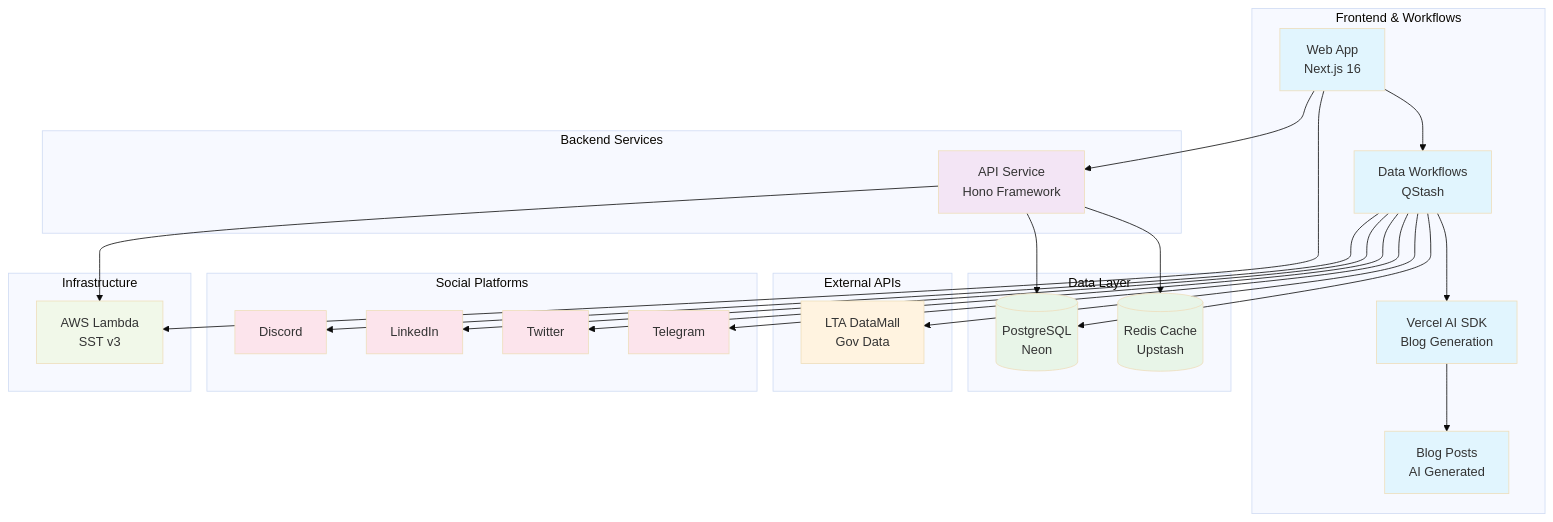
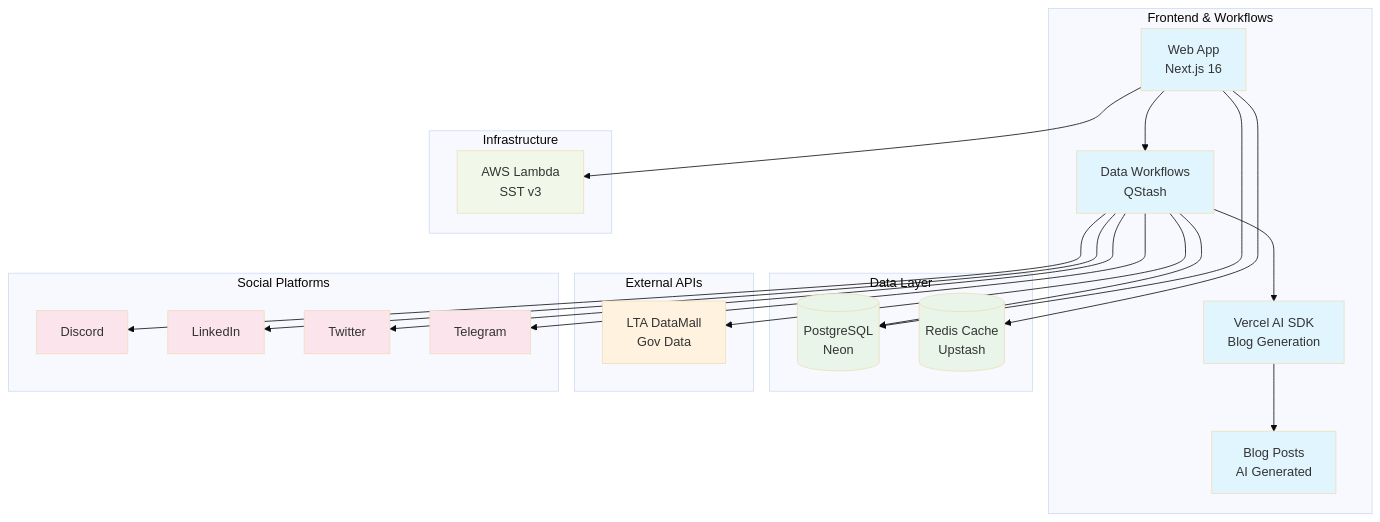
Before and after one commit to sgcarstrends/sgcarstrends: the diagram in README.md, drawn with Mermaid (base theme). The commit also changed other lines of this file and 69 other files, not shown here.

````diff
--- a/README.md
+++ b/README.md
@@ -18,65 +17,58 @@
 ```mermaid
 graph TB
     subgraph "Frontend & Workflows"
         WEB[Web App<br/>Next.js 16]
         BLOG[Blog Posts<br/>AI Generated]
         WORKFLOWS[Data Workflows<br/>QStash]
         LLM[Vercel AI SDK<br/>Blog Generation]
-    end
-
-    subgraph "Backend Services"
-        API[API Service<br/>Hono Framework]
     end
 
     subgraph "Data Layer"
         DB[(PostgreSQL<br/>Neon)]
         REDIS[(Redis Cache<br/>Upstash)]
     end
 
     subgraph "External APIs"
         LTA[LTA DataMall<br/>Gov Data]
     end
 
     subgraph "Social Platforms"
         DISCORD[Discord]
         LINKEDIN[LinkedIn]
         TWITTER[Twitter]
         TELEGRAM[Telegram]
     end
 
     subgraph "Infrastructure"
         AWS[AWS Lambda<br/>SST v3]
     end
 
-    WEB --> API
     WEB --> WORKFLOWS
-    API --> DB
-    API --> REDIS
+    WEB --> DB
+    WEB --> REDIS
 
     WORKFLOWS --> LTA
     WORKFLOWS --> DB
     WORKFLOWS --> LLM
     LLM --> BLOG
 
     WORKFLOWS --> DISCORD
     WORKFLOWS --> LINKEDIN
     WORKFLOWS --> TWITTER
     WORKFLOWS --> TELEGRAM
 
-    API --> AWS
     WEB --> AWS
 
     classDef frontend fill:#e1f5fe
     classDef backend fill:#f3e5f5
     classDef data fill:#e8f5e8
     classDef external fill:#fff3e0
     classDef social fill:#fce4ec
     classDef infra fill:#f1f8e9
 
     class WEB,BLOG,WORKFLOWS,LLM frontend
-    class API backend
     class DB,REDIS data
     class LTA external
     class DISCORD,LINKEDIN,TWITTER,TELEGRAM social
     class AWS infra
 ```
````
